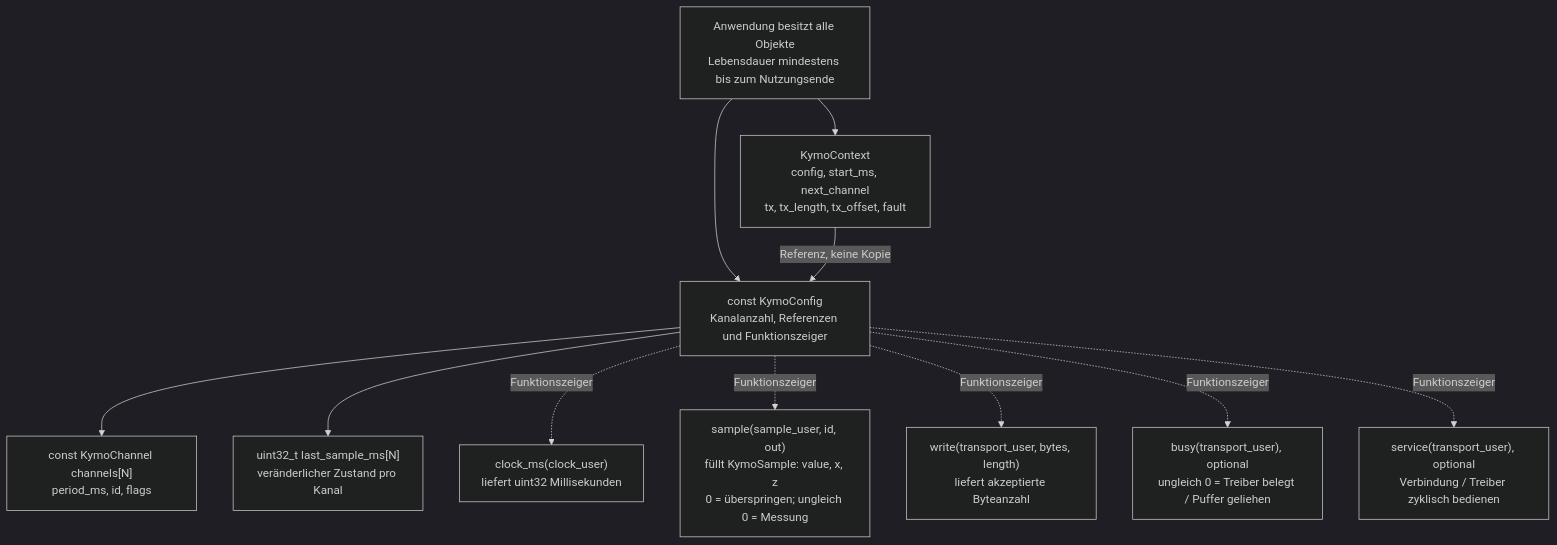
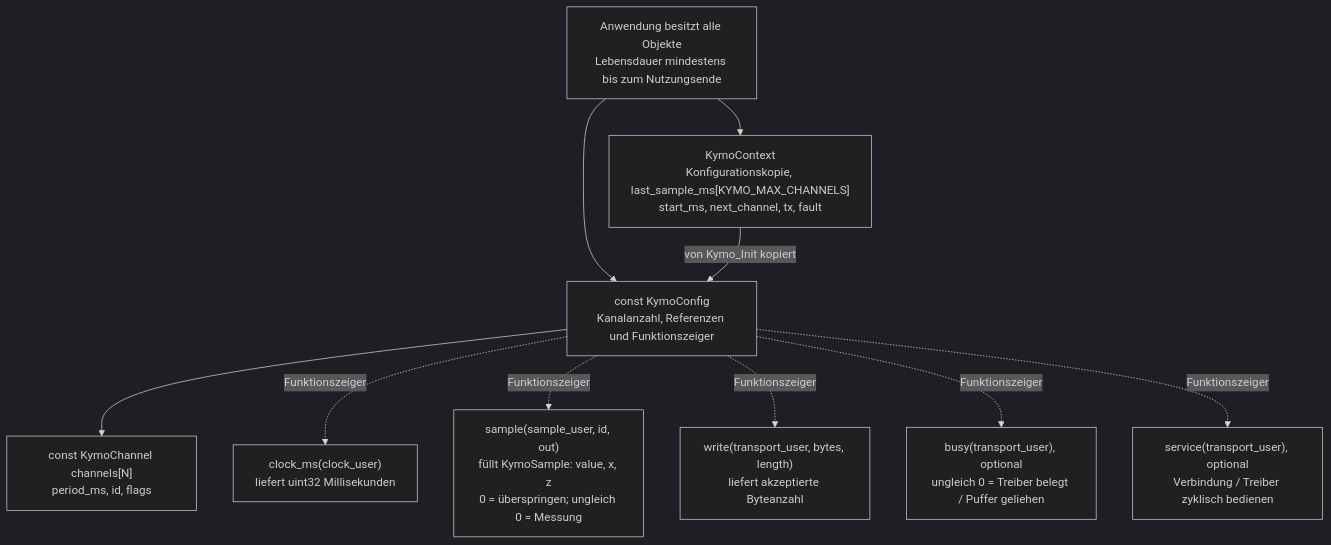
One commit to CodeName-666/kymoprobe changed the second of 5 diagrams in docs/MANUAL.de.md. Above: the diagram before and after it, drawn with Mermaid (dark theme). The commit also changed other lines of this file and 156 other files, not shown here.

````diff
--- a/docs/MANUAL.de.md
+++ b/docs/MANUAL.de.md
@@ -134,23 +135,21 @@
 ```mermaid
 flowchart TB
     App["Anwendung besitzt alle Objekte<br/>Lebensdauer mindestens bis zum Nutzungsende"]
-    Context["KymoContext<br/>config, start_ms, next_channel<br/>tx, tx_length, tx_offset, fault"]
+    Context["KymoContext<br/>Konfigurationskopie, last_sample_ms[KYMO_MAX_CHANNELS]<br/>start_ms, next_channel, tx, fault"]
     Config["const KymoConfig<br/>Kanalanzahl, Referenzen und Funktionszeiger"]
     Channels["const KymoChannel channels[N]<br/>period_ms, id, flags"]
-    Times["uint32_t last_sample_ms[N]<br/>veränderlicher Zustand pro Kanal"]
     Clock["clock_ms(clock_user)<br/>liefert uint32 Millisekunden"]
     Sample["sample(sample_user, id, out)<br/>füllt KymoSample: value, x, z<br/>0 = überspringen; ungleich 0 = Messung"]
     Write["write(transport_user, bytes, length)<br/>liefert akzeptierte Byteanzahl"]
     Busy["busy(transport_user), optional<br/>ungleich 0 = Treiber belegt / Puffer geliehen"]
     Service["service(transport_user), optional<br/>Verbindung / Treiber zyklisch bedienen"]
     App --> Context
     App --> Config
-    Context -->|"Referenz, keine Kopie"| Config
+    Context -->|"von Kymo_Init kopiert"| Config
     Config --> Channels
-    Config --> Times
     Config -.->|Funktionszeiger| Clock
     Config -.->|Funktionszeiger| Sample
     Config -.->|Funktionszeiger| Write
     Config -.->|Funktionszeiger| Busy
     Config -.->|Funktionszeiger| Service
 ```
````
